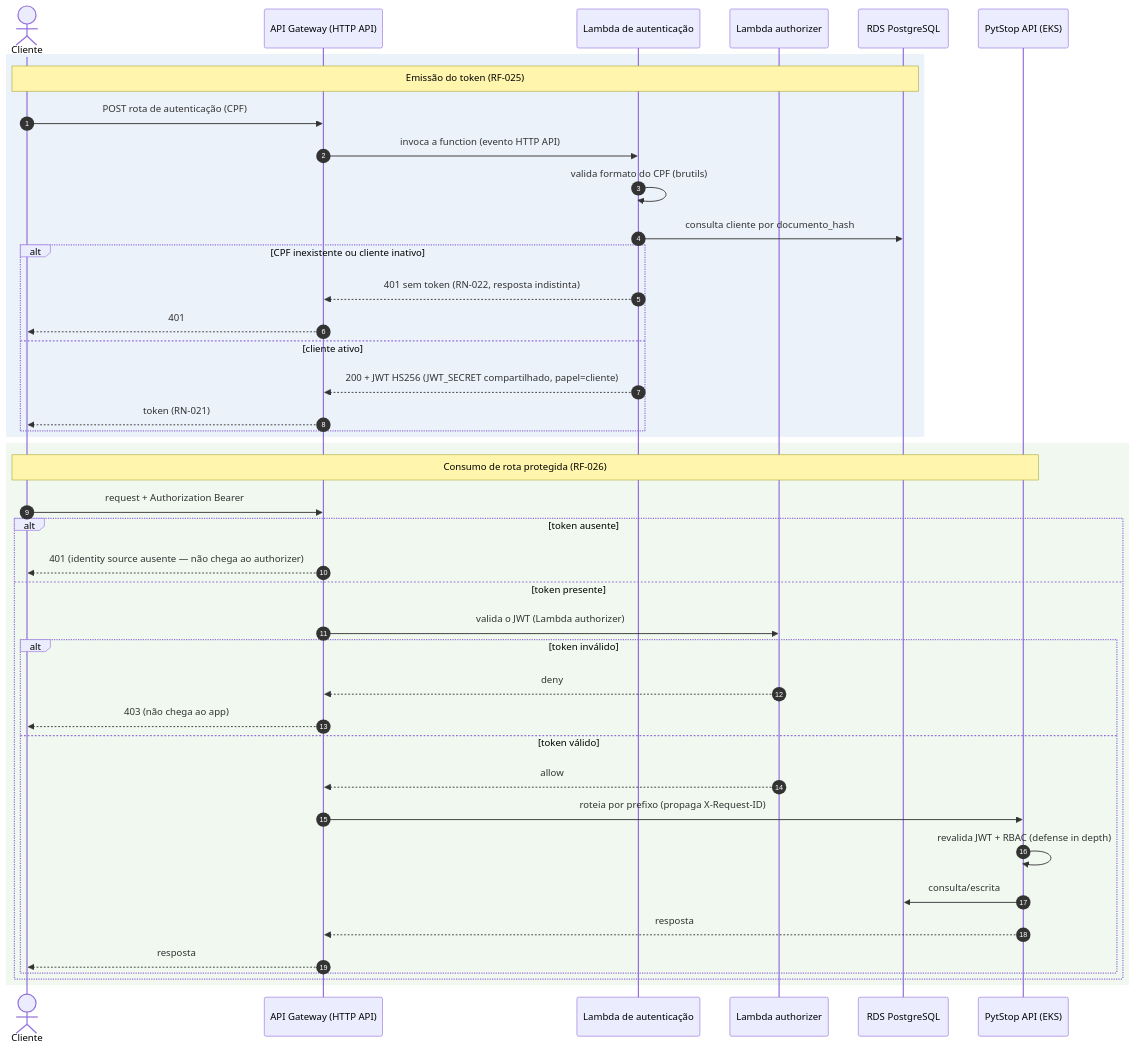
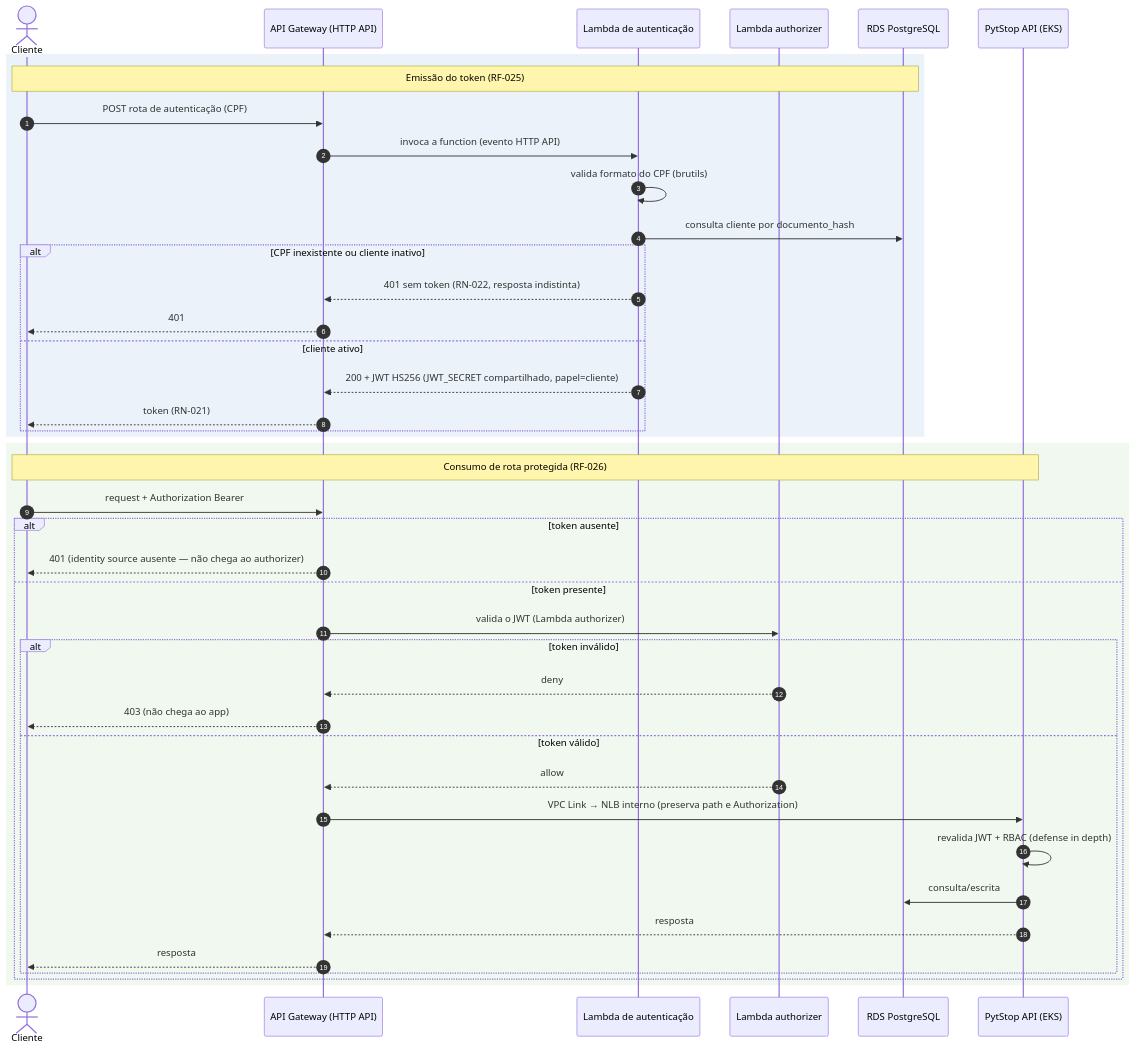
The third of 4 diagrams in docs/arquitetura/rfc/fase3/rfc-003-gateway-serverless-observabilidade.md (fiap-postech-sw-architecture/postech-sw-arch-p3), drawn with Mermaid before and after one commit. The commit also changed other lines of this file and 32 other files, not shown here.

````diff
--- a/docs/arquitetura/rfc/fase3/rfc-003-gateway-serverless-observabilidade.md
+++ b/docs/arquitetura/rfc/fase3/rfc-003-gateway-serverless-observabilidade.md
@@ -273,46 +277,46 @@
 ```mermaid
 sequenceDiagram
     autonumber
     actor C as Cliente
     participant GW as API Gateway (HTTP API)
     participant LA as Lambda de autenticação
     participant AZ as Lambda authorizer
     participant DB as RDS PostgreSQL
     participant APP as PytStop API (EKS)
 
     rect rgb(235, 242, 250)
         Note over C,DB: Emissão do token (RF-025)
         C->>GW: POST rota de autenticação (CPF)
         GW->>LA: invoca a function (evento HTTP API)
         LA->>LA: valida formato do CPF (brutils)
         LA->>DB: consulta cliente por documento_hash
         alt CPF inexistente ou cliente inativo
             LA-->>GW: 401 sem token (RN-022, resposta indistinta)
             GW-->>C: 401
         else cliente ativo
             LA-->>GW: 200 + JWT HS256 (JWT_SECRET compartilhado, papel=cliente)
             GW-->>C: token (RN-021)
         end
     end
 
     rect rgb(240, 248, 240)
         Note over C,APP: Consumo de rota protegida (RF-026)
         C->>GW: request + Authorization Bearer
         alt token ausente
             GW-->>C: 401 (identity source ausente — não chega ao authorizer)
         else token presente
             GW->>AZ: valida o JWT (Lambda authorizer)
             alt token inválido
                 AZ-->>GW: deny
                 GW-->>C: 403 (não chega ao app)
             else token válido
                 AZ-->>GW: allow
-                GW->>APP: roteia por prefixo (propaga X-Request-ID)
+                GW->>APP: VPC Link → NLB interno (preserva path e Authorization)
                 APP->>APP: revalida JWT + RBAC (defense in depth)
                 APP->>DB: consulta/escrita
                 APP-->>GW: resposta
                 GW-->>C: resposta
             end
         end
     end
 ```
````
